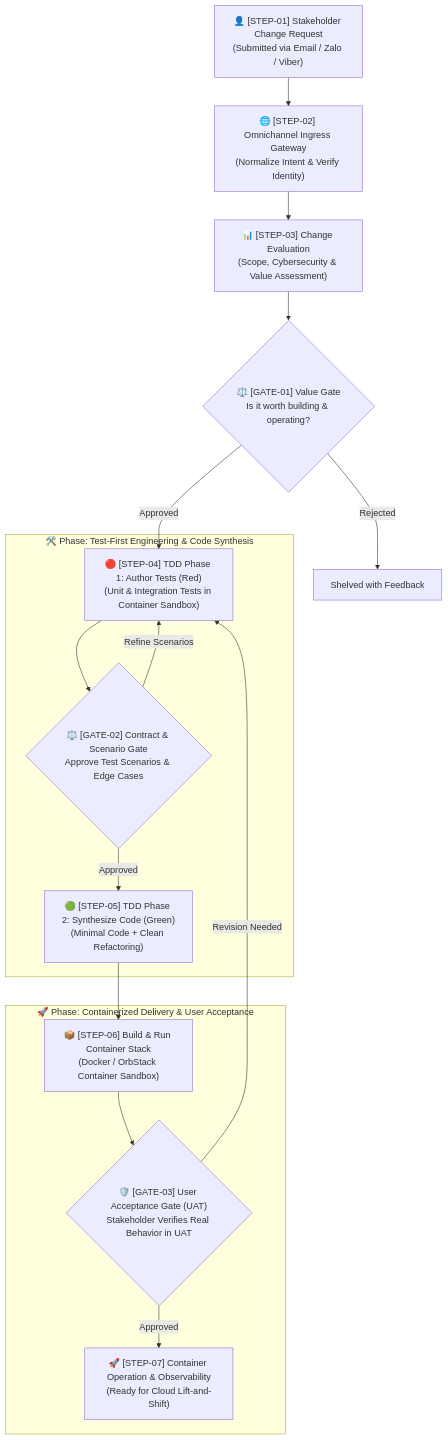
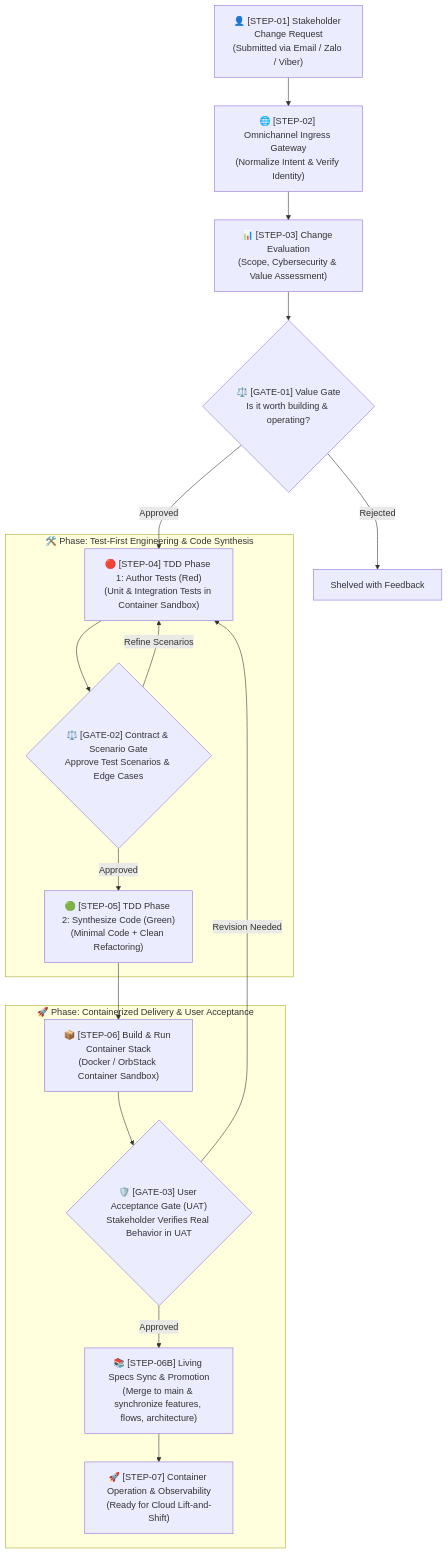
One commit to sonnormal/stratum-meta changed the diagram in standards/sdlc.md. Above: the diagram before and after it, drawn with Mermaid. The commit also changed other lines of this file, not shown here.

Commit message:
docs(sdlc): add STEP-06B post-UAT living specs sync and production promotion

````diff
--- a/standards/sdlc.md
+++ b/standards/sdlc.md
@@ -11,34 +11,36 @@
 ```mermaid
 graph TD
     User["👤 [STEP-01] Stakeholder Change Request<br/>(Submitted via Email / Zalo / Viber)"]
     Gateway["🌐 [STEP-02] Omnichannel Ingress Gateway<br/>(Normalize Intent & Verify Identity)"]
     Eval["📊 [STEP-03] Change Evaluation<br/>(Scope, Cybersecurity & Value Assessment)"]
     Gate1{"⚖️ [GATE-01] Value Gate<br/>Is it worth building & operating?"}
 
     User --> Gateway
     Gateway --> Eval
     Eval --> Gate1
     Gate1 -->|"Approved"| TDDPhase1
     Gate1 -->|"Rejected"| Cancel["Shelved with Feedback"]
 
     subgraph TDD ["🛠️ Phase: Test-First Engineering & Code Synthesis"]
         TDDPhase1["🔴 [STEP-04] TDD Phase 1: Author Tests (Red)<br/>(Unit & Integration Tests in Container Sandbox)"]
         Gate2{"⚖️ [GATE-02] Contract & Scenario Gate<br/>Approve Test Scenarios & Edge Cases"}
         TDDPhase2["🟢 [STEP-05] TDD Phase 2: Synthesize Code (Green)<br/>(Minimal Code + Clean Refactoring)"]
 
         TDDPhase1 --> Gate2
         Gate2 -->|"Approved"| TDDPhase2
         Gate2 -->|"Refine Scenarios"| TDDPhase1
     end
 
     subgraph Delivery ["🚀 Phase: Containerized Delivery & User Acceptance"]
         DeployUAT["📦 [STEP-06] Build & Run Container Stack<br/>(Docker / OrbStack Container Sandbox)"]
         Gate3{"🛡️ [GATE-03] User Acceptance Gate (UAT)<br/>Stakeholder Verifies Real Behavior in UAT"}
+        SyncDoc["📚 [STEP-06B] Living Specs Sync & Promotion<br/>(Merge to main & synchronize features, flows, architecture)"]
         Operate["🚀 [STEP-07] Container Operation & Observability<br/>(Ready for Cloud Lift-and-Shift)"]
 
         TDDPhase2 --> DeployUAT
         DeployUAT --> Gate3
-        Gate3 -->|"Approved"| Operate
+        Gate3 -->|"Approved"| SyncDoc
+        SyncDoc --> Operate
         Gate3 -->|"Revision Needed"| TDDPhase1
     end
 ```
````
